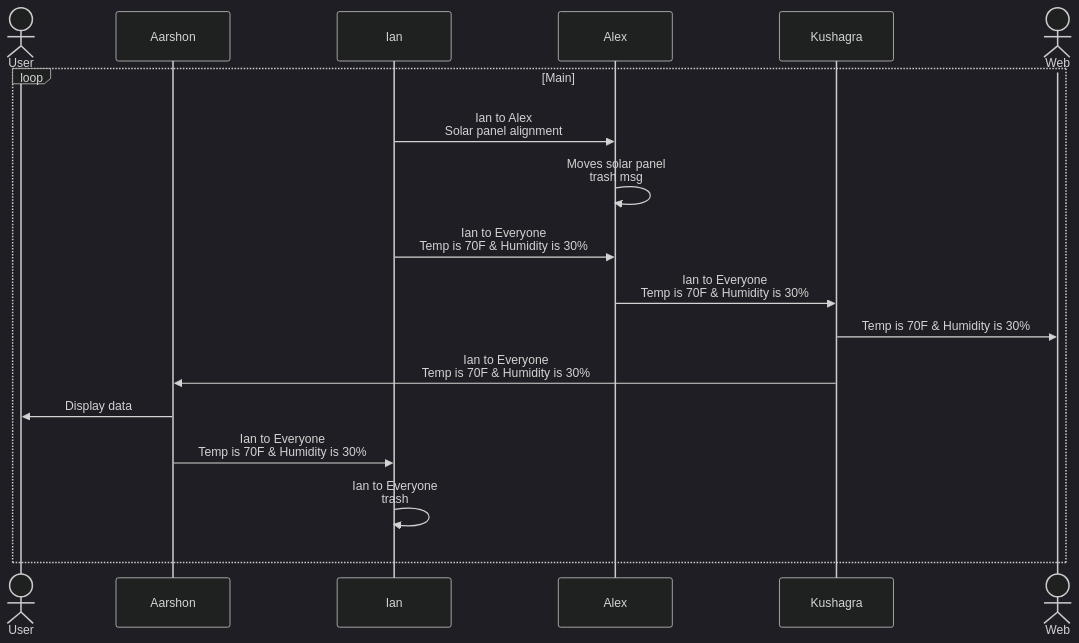
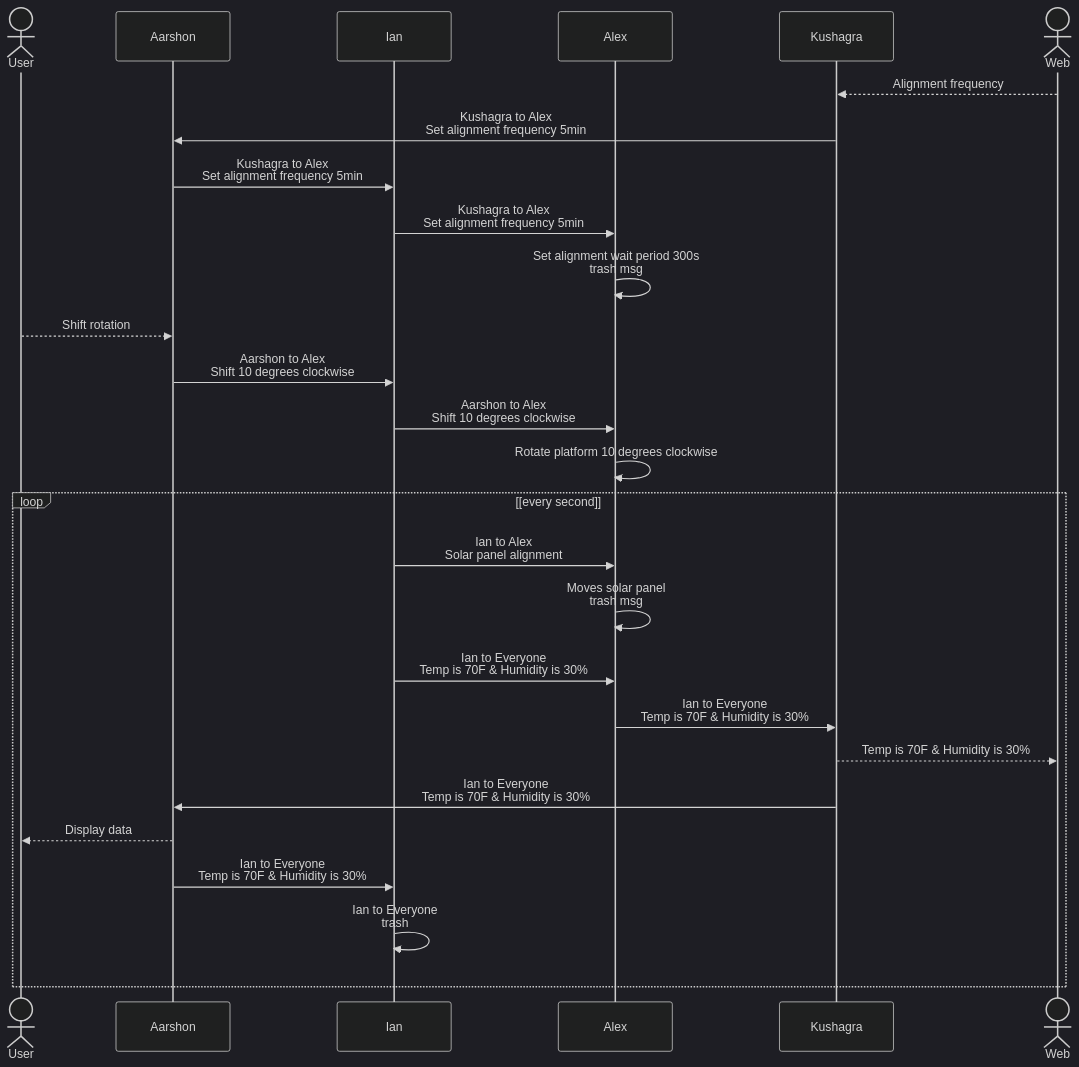
Before and after one commit to EGR314-2025-S-306/EGR314-Team306: the diagram in docs/block.md, drawn with Mermaid (dark theme).

````diff
--- a/docs/block.md
+++ b/docs/block.md
@@ -11,20 +11,29 @@
 ``` mermaid
 sequenceDiagram
     actor u as User
     participant a as Aarshon
     participant i as Ian
     participant c as Alex
     participant k as Kushagra
     actor w as Web
-    loop Main
+    w-->>k: Alignment frequency
+    k->>a: Kushagra to Alex<br>Set alignment frequency 5min
+    a->>i: Kushagra to Alex<br>Set alignment frequency 5min
+    i->>c: Kushagra to Alex<br>Set alignment frequency 5min
+    c->>c: Set alignment wait period 300s<br>trash msg
+    u-->>a: Shift rotation
+    a->>i: Aarshon to Alex<br>Shift 10 degrees clockwise
+    i->>c: Aarshon to Alex<br>Shift 10 degrees clockwise
+    c->>c: Rotate platform 10 degrees clockwise
+    loop [every second]
         i->>c: Ian to Alex<br>Solar panel alignment
         c->>c: Moves solar panel<br>trash msg
         i->>c: Ian to Everyone<br>Temp is 70F & Humidity is 30%
         c->>k: Ian to Everyone<br>Temp is 70F & Humidity is 30%
-        k->>w: Temp is 70F & Humidity is 30%
+        k-->>w: Temp is 70F & Humidity is 30%
         k->>a: Ian to Everyone<br>Temp is 70F & Humidity is 30%
-        a->>u: Display data
+        a-->>u: Display data
         a->>i: Ian to Everyone<br>Temp is 70F & Humidity is 30%
         i->>i: Ian to Everyone<br>trash
     end
 ```
````
